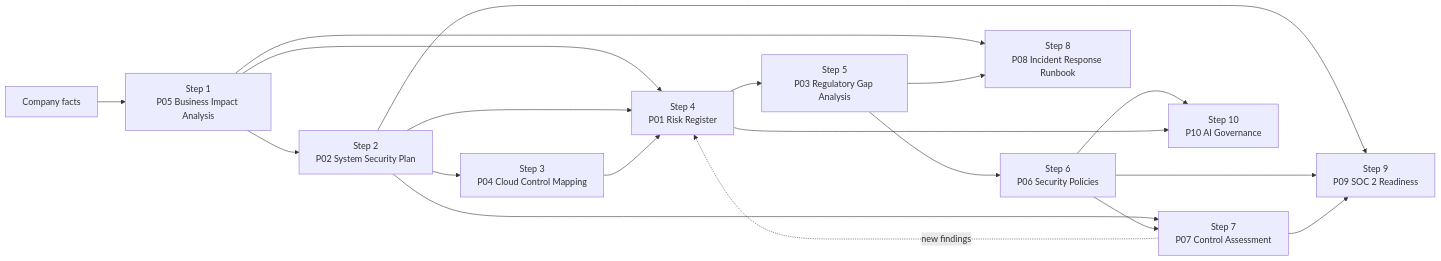
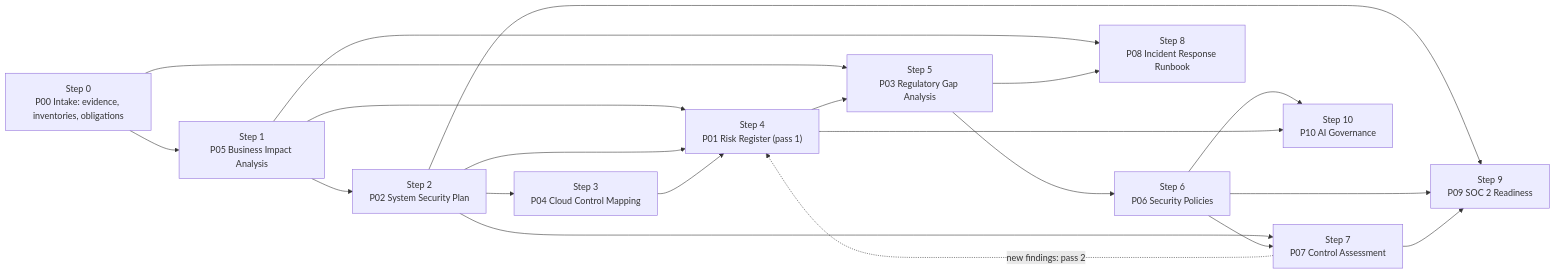
The diagram in docs/how-to-build-the-10-projects.md (saint1415/GRC_Projects), drawn with Mermaid before and after one commit. The commit also changed other lines of this file and 169 other files, not shown here.

First line of the commit message:
Pilot: evidence-first intake (step 0) and Health Care rebuilt on dated evidence (#17)

````diff
--- a/docs/how-to-build-the-10-projects.md
+++ b/docs/how-to-build-the-10-projects.md
@@ -11,21 +39,22 @@
 ```mermaid
 flowchart LR
-    F[Company facts] --> S1
+    S0["Step 0<br/>P00 Intake: evidence, inventories, obligations"] --> S1
     S1["Step 1<br/>P05 Business Impact Analysis"] --> S2["Step 2<br/>P02 System Security Plan"]
     S2 --> S3["Step 3<br/>P04 Cloud Control Mapping"]
-    S1 --> S4["Step 4<br/>P01 Risk Register"]
+    S1 --> S4["Step 4<br/>P01 Risk Register (pass 1)"]
     S2 --> S4
     S3 --> S4
-    S4 --> S5["Step 5<br/>P03 Regulatory Gap Analysis"]
+    S0 --> S5["Step 5<br/>P03 Regulatory Gap Analysis"]
+    S4 --> S5
     S5 --> S6["Step 6<br/>P06 Security Policies"]
     S2 --> S7["Step 7<br/>P07 Control Assessment"]
     S6 --> S7
-    S7 -. new findings .-> S4
+    S7 -. "new findings: pass 2" .-> S4
     S1 --> S8["Step 8<br/>P08 Incident Response Runbook"]
     S5 --> S8
     S2 --> S9["Step 9<br/>P09 SOC 2 Readiness"]
     S6 --> S9
     S7 --> S9
     S6 --> S10["Step 10<br/>P10 AI Governance"]
     S4 --> S10
 ```
````
